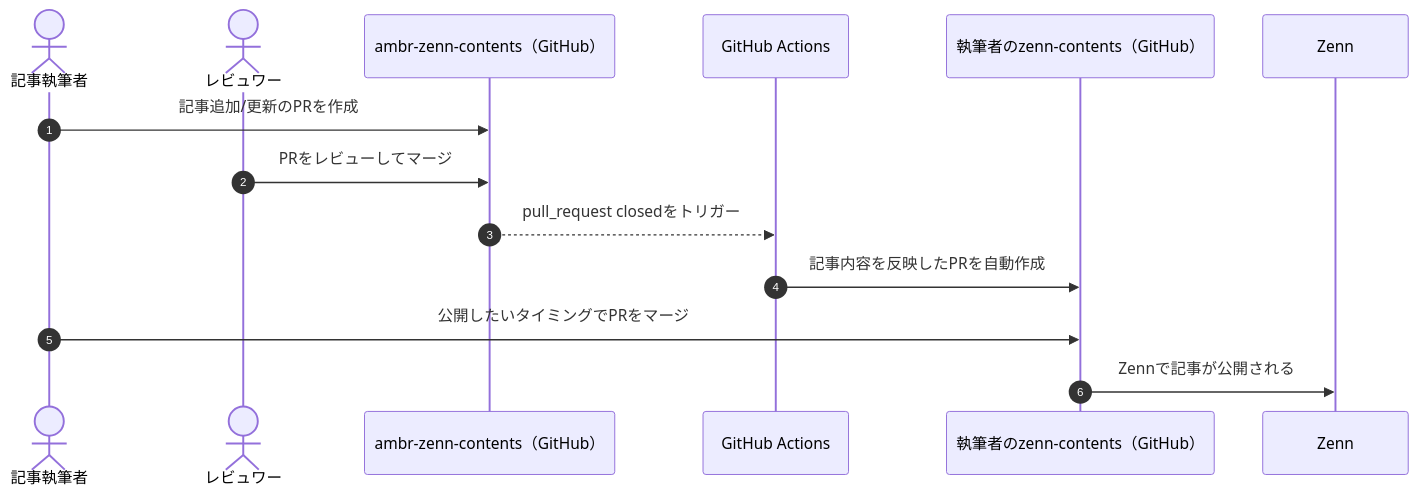
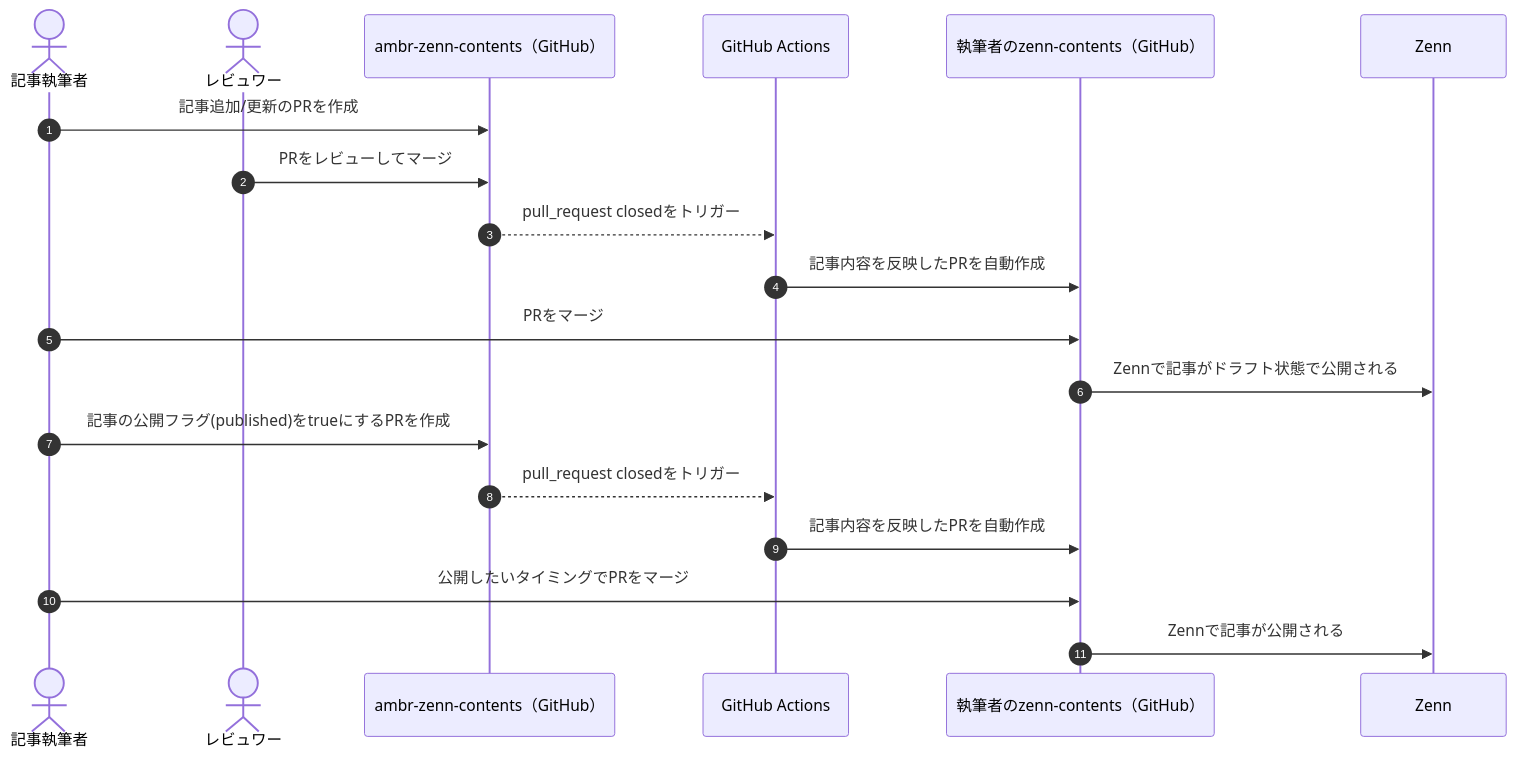
Before and after one commit to Takashicc/zenn-content: the diagram in articles/1b7cfd04e9af32.md, drawn with Mermaid. The commit also changed other lines of this file, not shown here.

Commit message:
feat: Update articles

````diff
--- a/articles/1b7cfd04e9af32.md
+++ b/articles/1b7cfd04e9af32.md
@@ -38,17 +43,22 @@
 ```mermaid
 sequenceDiagram
   autonumber
   actor Author as 記事執筆者
   actor Owner as レビュワー
   participant AmbrRepo as ambr-zenn-contents（GitHub）
   participant GA as GitHub Actions
   participant AuthorRepo as 執筆者のzenn-contents（GitHub）
   participant Zenn as Zenn
 
   Author->>AmbrRepo: 記事追加/更新のPRを作成
   Owner->>AmbrRepo: PRをレビューしてマージ
   AmbrRepo-->>GA: pull_request closedをトリガー
   GA->>AuthorRepo: 記事内容を反映したPRを自動作成
+  Author->>AuthorRepo: PRをマージ
+  AuthorRepo->>Zenn: Zennで記事がドラフト状態で公開される
+  Author->>AmbrRepo: 記事の公開フラグ(published)をtrueにするPRを作成
+  AmbrRepo-->>GA: pull_request closedをトリガー
+  GA->>AuthorRepo: 記事内容を反映したPRを自動作成
   Author->>AuthorRepo: 公開したいタイミングでPRをマージ
   AuthorRepo->>Zenn: Zennで記事が公開される
 ```
````
